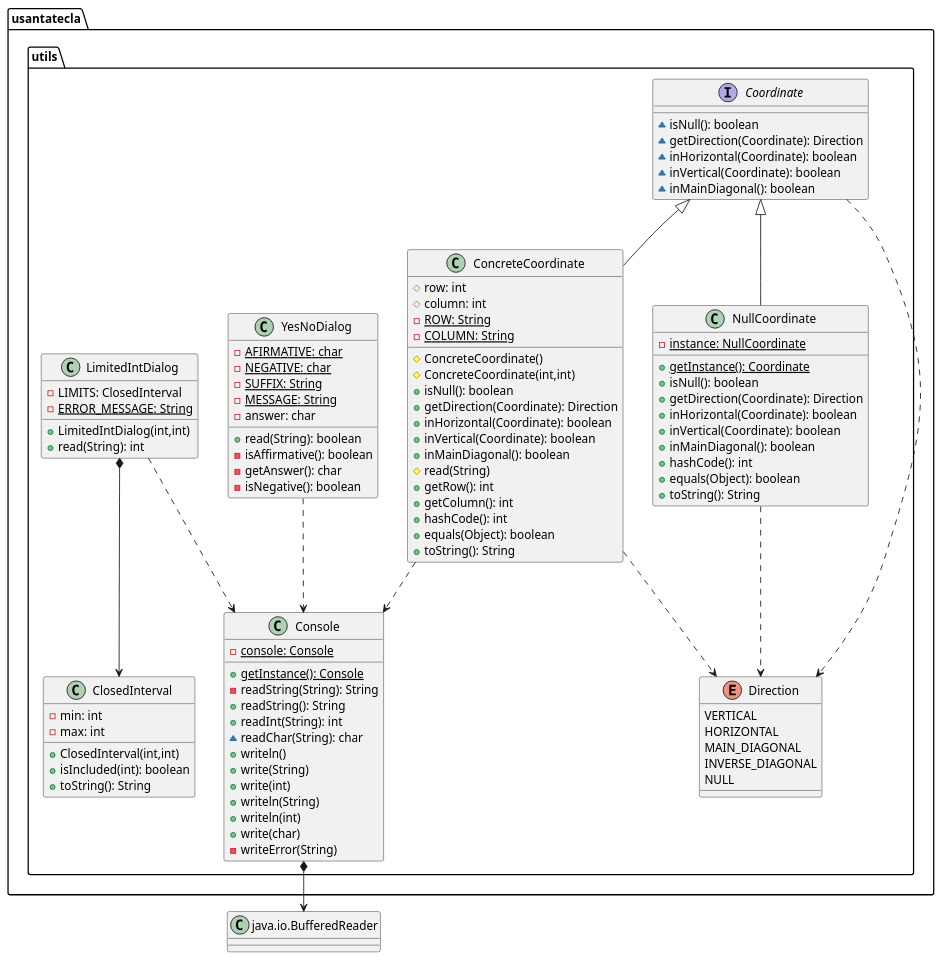
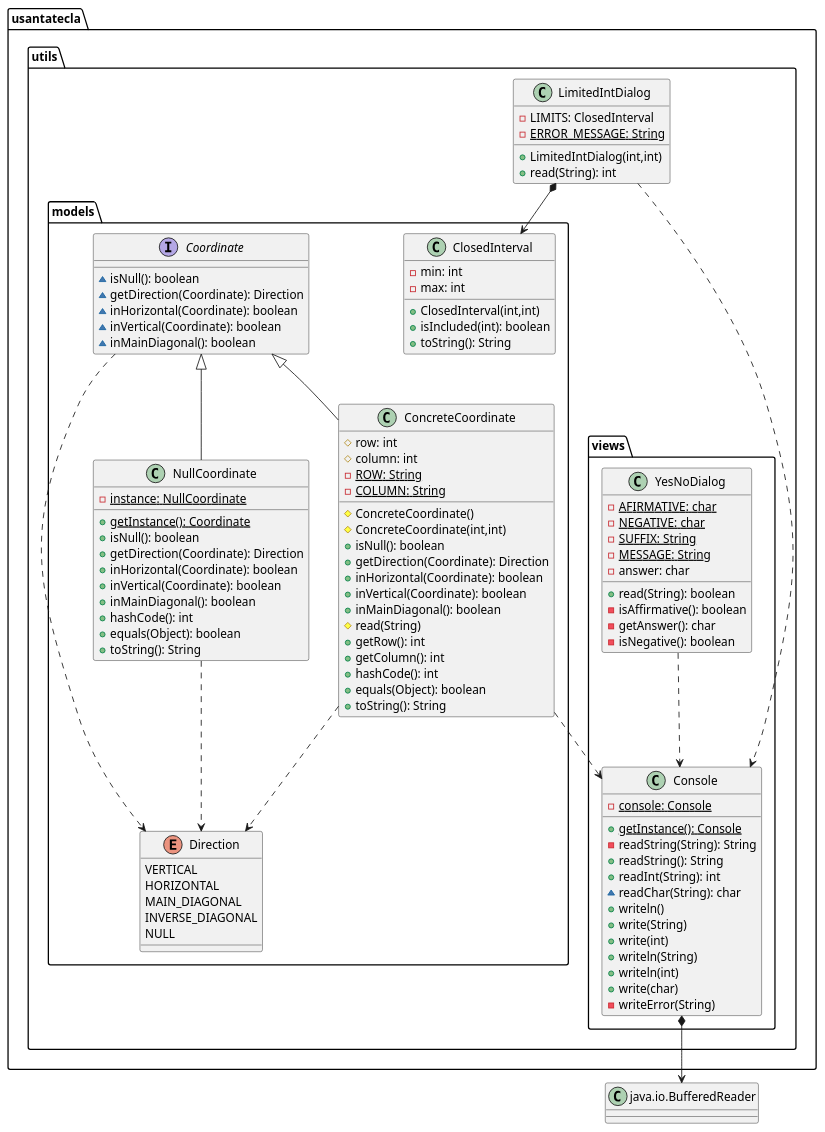
One commit to Jolucaa/USantaTecla-project-ticTacToe changed the eighth of 8 diagrams in modelViewPresenter/presentationModel/withFacade/docs/diagrams/src/paquetes.plantuml. Above: the diagram before and after it, drawn with PlantUML. The commit also changed 54 other files, not shown here.

Commit message:
[dv.console] Added prototype + utils views

```diff
--- a/modelViewPresenter/presentationModel/withFacade/docs/diagrams/src/paquetes.plantuml
+++ b/modelViewPresenter/presentationModel/withFacade/docs/diagrams/src/paquetes.plantuml
@@ -388,107 +388,107 @@
 @startuml paqueteUtils
 
 class BufferedReader as "java.io.BufferedReader"{}
 
-class usantatecla.utils.ClosedInterval{
+class usantatecla.utils.models.ClosedInterval{
   - min: int
   - max: int
   + ClosedInterval(int,int)
   + isIncluded(int): boolean
   + toString(): String
 }
 
-enum usantatecla.utils.Direction{
+enum usantatecla.utils.models.Direction{
   VERTICAL
   HORIZONTAL
   MAIN_DIAGONAL
   INVERSE_DIAGONAL
   NULL
 }
 
-interface usantatecla.utils.Coordinate {
+interface usantatecla.utils.models.Coordinate {
   ~ isNull(): boolean
   ~ getDirection(Coordinate): Direction
   ~ inHorizontal(Coordinate): boolean
   ~ inVertical(Coordinate): boolean
   ~ inMainDiagonal(): boolean
 }
-usantatecla.utils.Coordinate .down.> usantatecla.utils.Direction
+usantatecla.utils.models.Coordinate .down.> usantatecla.utils.models.Direction
 
-class usantatecla.utils.ConcreteCoordinate{
+class usantatecla.utils.models.ConcreteCoordinate{
   # row: int
   # column: int
   - {static} ROW: String
   - {static} COLUMN: String
   # ConcreteCoordinate()
   # ConcreteCoordinate(int,int)
   + isNull(): boolean
   + getDirection(Coordinate): Direction
   + inHorizontal(Coordinate): boolean
   + inVertical(Coordinate): boolean
   + inMainDiagonal(): boolean
   # read(String)
   + getRow(): int
   + getColumn(): int
   + hashCode(): int
   + equals(Object): boolean
   + toString(): String
 }
 
-usantatecla.utils.Coordinate <|-down- usantatecla.utils.ConcreteCoordinate
-usantatecla.utils.ConcreteCoordinate .down.> usantatecla.utils.Direction
-usantatecla.utils.ConcreteCoordinate .down.> usantatecla.utils.Console
+usantatecla.utils.models.Coordinate <|-down- usantatecla.utils.models.ConcreteCoordinate
+usantatecla.utils.models.ConcreteCoordinate .down.> usantatecla.utils.models.Direction
+usantatecla.utils.models.ConcreteCoordinate .down.> usantatecla.utils.views.Console
 
-class usantatecla.utils.NullCoordinate{
+class usantatecla.utils.models.NullCoordinate{
   - {static} instance: NullCoordinate
   + {static} getInstance(): Coordinate
   + isNull(): boolean
   + getDirection(Coordinate): Direction
   + inHorizontal(Coordinate): boolean
   + inVertical(Coordinate): boolean
   + inMainDiagonal(): boolean
   + hashCode(): int
   + equals(Object): boolean
   + toString(): String
 }
-usantatecla.utils.Coordinate <|-down- usantatecla.utils.NullCoordinate
-usantatecla.utils.NullCoordinate .down.> usantatecla.utils.Direction
+usantatecla.utils.models.Coordinate <|-down- usantatecla.utils.models.NullCoordinate
+usantatecla.utils.models.NullCoordinate .down.> usantatecla.utils.models.Direction
 
-class usantatecla.utils.Console{
+class usantatecla.utils.views.Console{
   - {static} console: Console
   + {static} getInstance(): Console
   - readString(String): String
   + readString(): String
   + readInt(String): int
   ~ readChar(String): char
   + writeln()
   + write(String)
   + write(int)
   + writeln(String)
   + writeln(int)
   + write(char)
   - writeError(String)
 }
-usantatecla.utils.Console *-down-> BufferedReader
+usantatecla.utils.views.Console *-down-> BufferedReader
 
 class usantatecla.utils.LimitedIntDialog{
   - LIMITS: ClosedInterval
   - {static} ERROR_MESSAGE: String
   + LimitedIntDialog(int,int)
   + read(String): int
 }
-usantatecla.utils.LimitedIntDialog *-down-> usantatecla.utils.ClosedInterval
-usantatecla.utils.LimitedIntDialog .down.> usantatecla.utils.Console
+usantatecla.utils.LimitedIntDialog *-down-> usantatecla.utils.models.ClosedInterval
+usantatecla.utils.LimitedIntDialog .down.> usantatecla.utils.views.Console
 
-class usantatecla.utils.YesNoDialog{
+class usantatecla.utils.views.YesNoDialog{
   - {static} AFIRMATIVE: char
   - {static} NEGATIVE: char
   - {static} SUFFIX: String
   - {static} MESSAGE: String
   - answer: char
   + read(String): boolean
   - isAffirmative(): boolean
   - getAnswer(): char
   - isNegative(): boolean
 }
-usantatecla.utils.YesNoDialog .down.> usantatecla.utils.Console
+usantatecla.utils.views.YesNoDialog .down.> usantatecla.utils.views.Console
 @enduml
```
